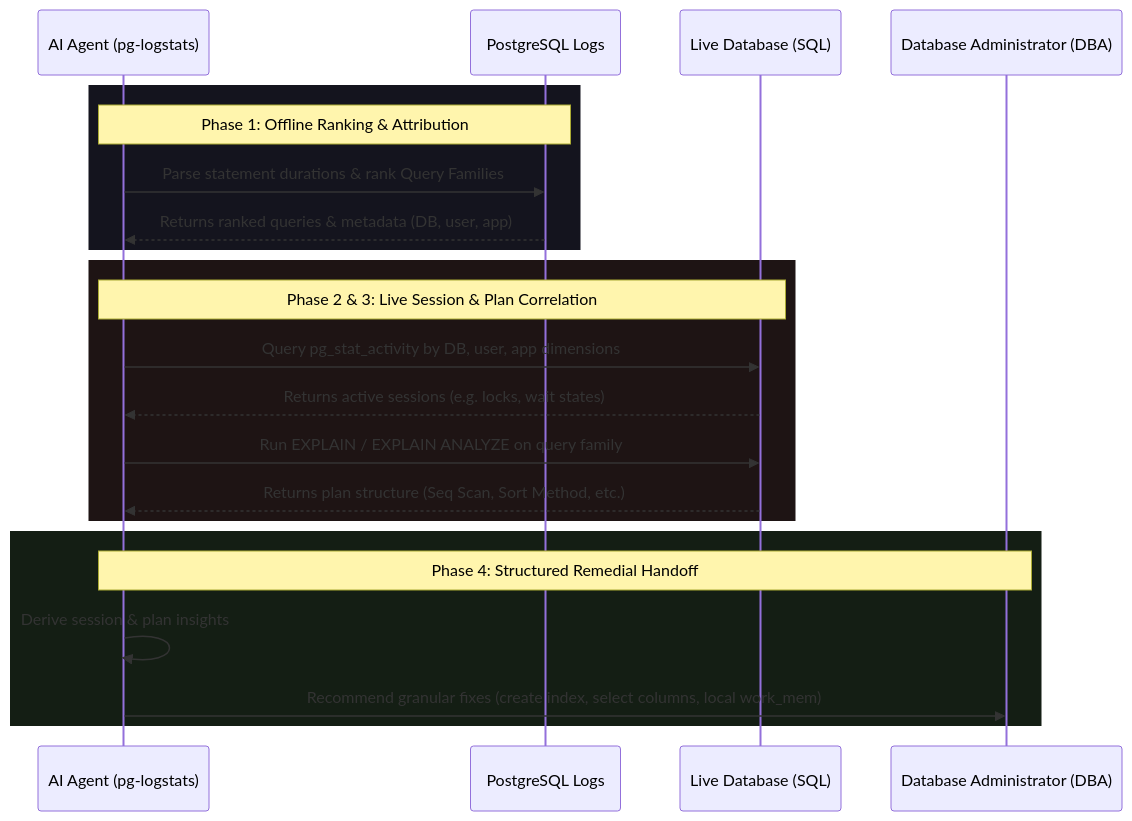
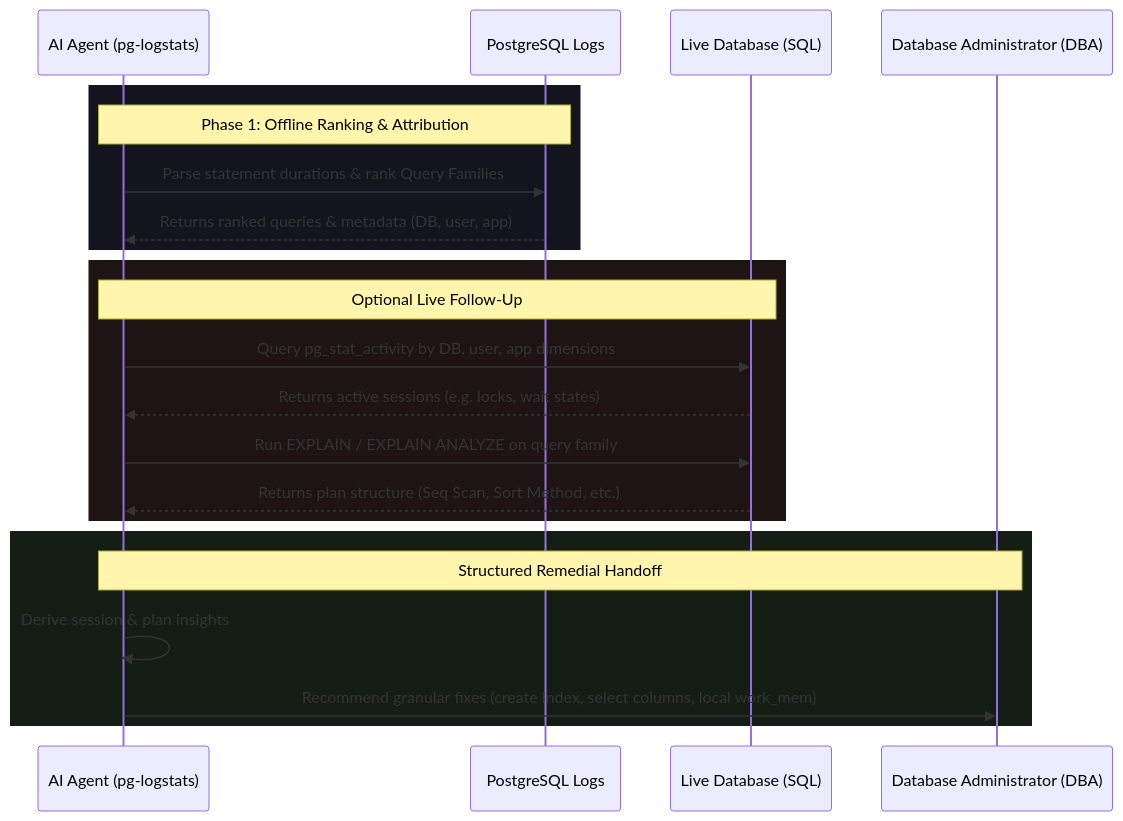
Before and after one commit to vrajat/pg-logstats: the diagram in docs/user-guide/top-query-families.md, drawn with Mermaid. The commit also changed other lines of this file and 19 other files, not shown here.

````diff
--- a/docs/user-guide/top-query-families.md
+++ b/docs/user-guide/top-query-families.md
@@ -13,27 +24,27 @@
 ```mermaid
 sequenceDiagram
     participant Agent as AI Agent (pg-logstats)
     participant Logs as PostgreSQL Logs
     participant DB as Live Database (SQL)
     participant DBA as Database Administrator (DBA)
     
     rect rgb(20, 20, 30)
         Note over Agent, Logs: Phase 1: Offline Ranking & Attribution
         Agent->>Logs: Parse statement durations & rank Query Families
         Logs-->>Agent: Returns ranked queries & metadata (DB, user, app)
     end
     
     rect rgb(30, 20, 20)
-        Note over Agent, DB: Phase 2 & 3: Live Session & Plan Correlation
+        Note over Agent, DB: Optional Live Follow-Up
         Agent->>DB: Query pg_stat_activity by DB, user, app dimensions
         DB-->>Agent: Returns active sessions (e.g. locks, wait states)
         Agent->>DB: Run EXPLAIN / EXPLAIN ANALYZE on query family
         DB-->>Agent: Returns plan structure (Seq Scan, Sort Method, etc.)
     end
     
     rect rgb(20, 30, 20)
-        Note over Agent, DBA: Phase 4: Structured Remedial Handoff
+        Note over Agent, DBA: Structured Remedial Handoff
         Agent->>Agent: Derive session & plan insights
         Agent->>DBA: Recommend granular fixes (create index, select columns, local work_mem)
     end
 ```
````
